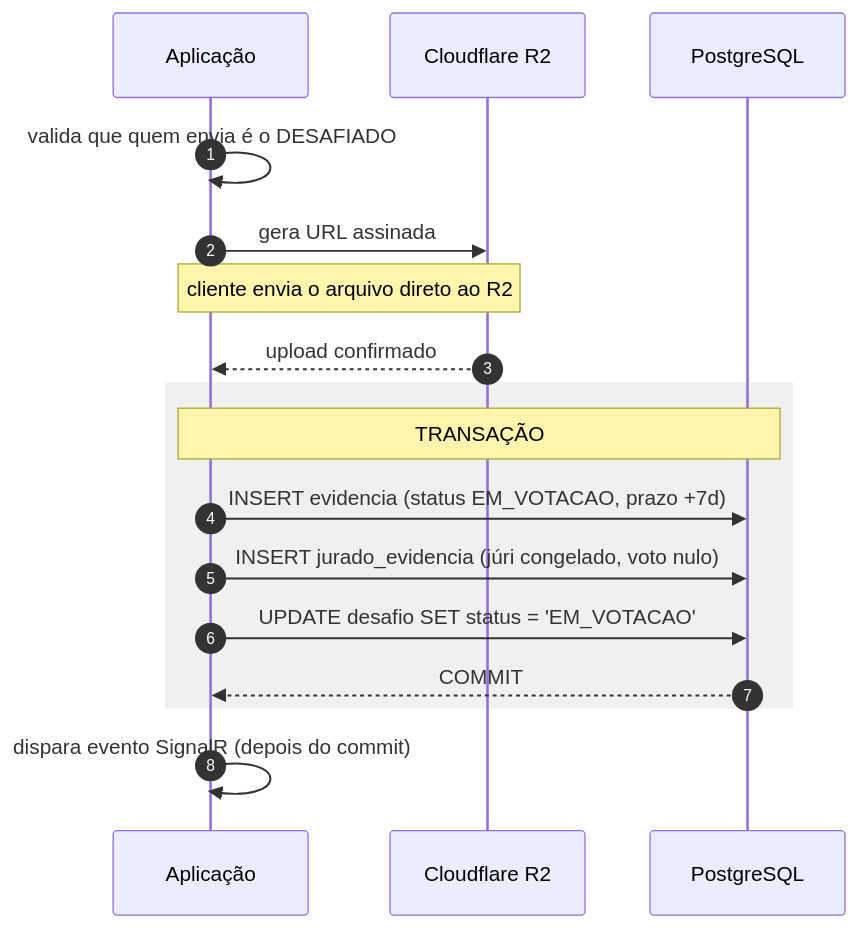
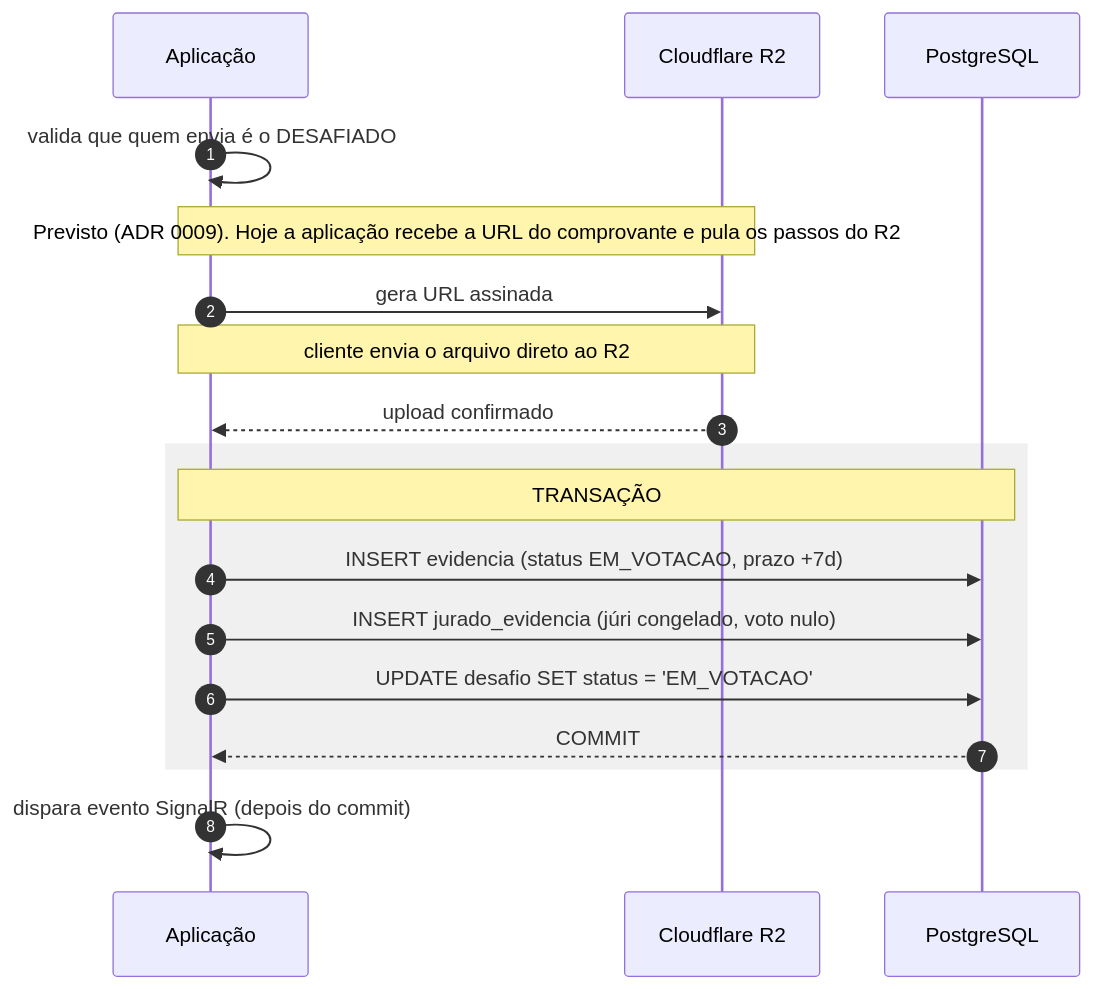
The first of 2 diagrams in docs/02-arquitetura/15-integracao-sistema-bd.md (SecreTavin/A3-banco-de-dados), drawn with Mermaid before and after one commit. The commit also changed other lines of this file and 6 other files, not shown here.

````diff
--- a/docs/02-arquitetura/15-integracao-sistema-bd.md
+++ b/docs/02-arquitetura/15-integracao-sistema-bd.md
@@ -34,22 +34,23 @@
 ```mermaid
 sequenceDiagram
     autonumber
     participant APP as Aplicação
     participant R2 as Cloudflare R2
     participant PG as PostgreSQL
 
     APP->>APP: valida que quem envia é o DESAFIADO
+    Note over APP,R2: Previsto (ADR 0009). Hoje a aplicação recebe a URL do comprovante e pula os passos do R2
     APP->>R2: gera URL assinada
     Note over APP,R2: cliente envia o arquivo direto ao R2
     R2-->>APP: upload confirmado
 
     rect rgb(240, 240, 240)
         Note over APP,PG: TRANSAÇÃO
         APP->>PG: INSERT evidencia (status EM_VOTACAO, prazo +7d)
         APP->>PG: INSERT jurado_evidencia (júri congelado, voto nulo)
         APP->>PG: UPDATE desafio SET status = 'EM_VOTACAO'
         PG-->>APP: COMMIT
     end
 
     APP->>APP: dispara evento SignalR (depois do commit)
 ```
````
